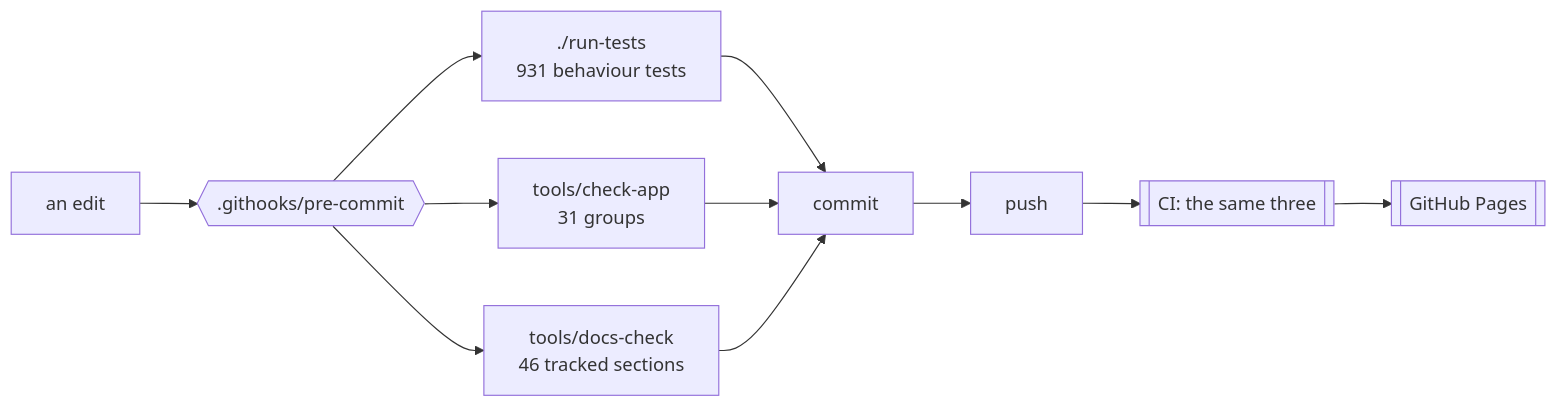
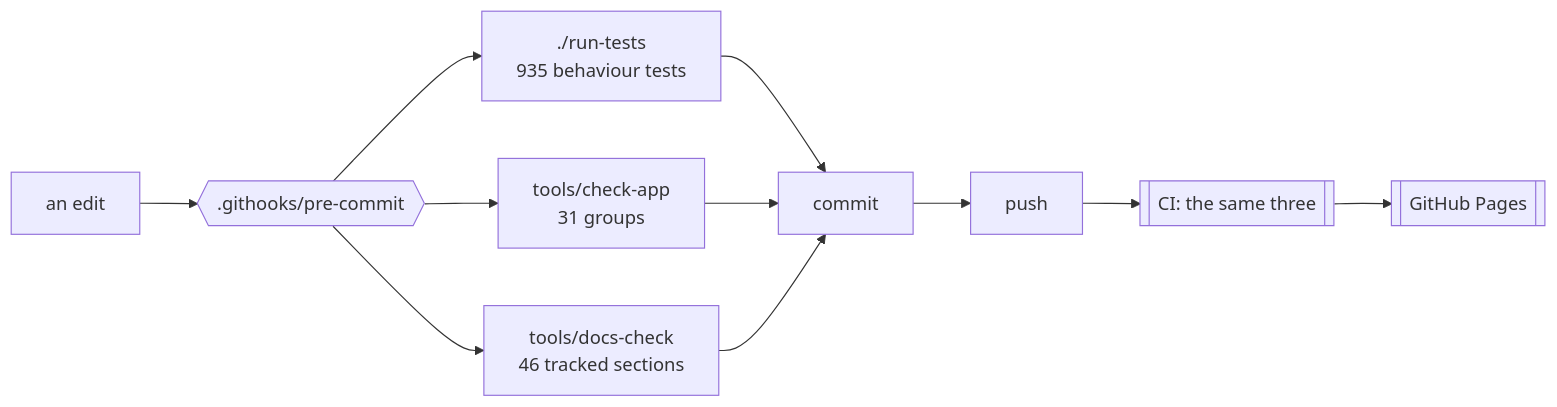
The first of 3 diagrams in docs/DEVELOPING.md (minormending/crystal-pilot-mobile), drawn with Mermaid before and after one commit. The commit also changed other lines of this file and 15 other files, not shown here.

````diff
--- a/docs/DEVELOPING.md
+++ b/docs/DEVELOPING.md
@@ -15,12 +15,12 @@
 ```mermaid
 flowchart LR
     E[an edit] --> H{{".githooks/pre-commit"}}
-    H --> T["./run-tests<br/>931 behaviour tests"]
+    H --> T["./run-tests<br/>935 behaviour tests"]
     H --> C["tools/check-app<br/>31 groups"]
     H --> D["tools/docs-check<br/>46 tracked sections"]
     T --> OK[commit]
     C --> OK
     D --> OK
     OK --> P[push] --> CI[["CI: the same three"]]
     CI --> PG[[GitHub Pages]]
 ```
````
